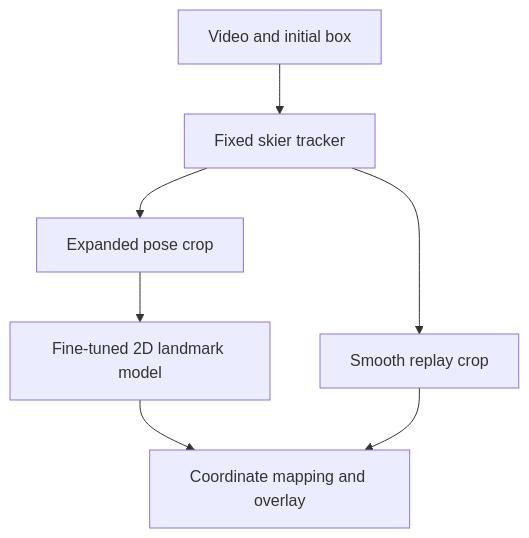
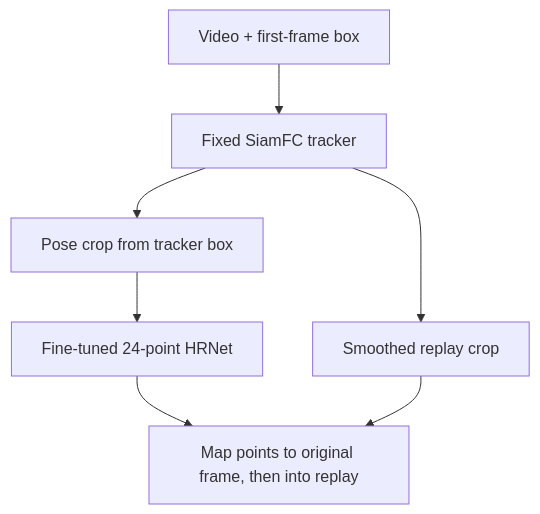
The diagram in skier_implementation_plan.md (RichardZRC/skier_project), drawn with Mermaid before and after one commit. The commit also changed other lines of this file and 2 other files, not shown here.

````diff
--- a/skier_implementation_plan.md
+++ b/skier_implementation_plan.md
@@ -26,9 +48,9 @@
-~~~mermaid
+```mermaid
 flowchart TD
-    A["Video and initial box"] --> B["Fixed skier tracker"]
-    B --> C["Expanded pose crop"]
-    C --> D["Fine-tuned 2D landmark model"]
-    B --> E["Smooth replay crop"]
-    D --> F["Coordinate mapping and overlay"]
+    A["Video + first-frame box"] --> B["Fixed SiamFC tracker"]
+    B --> C["Pose crop from tracker box"]
+    C --> D["Fine-tuned 24-point HRNet"]
+    B --> E["Smoothed replay crop"]
+    D --> F["Map points to original frame, then into replay"]
     E --> F
-~~~
+```
````
